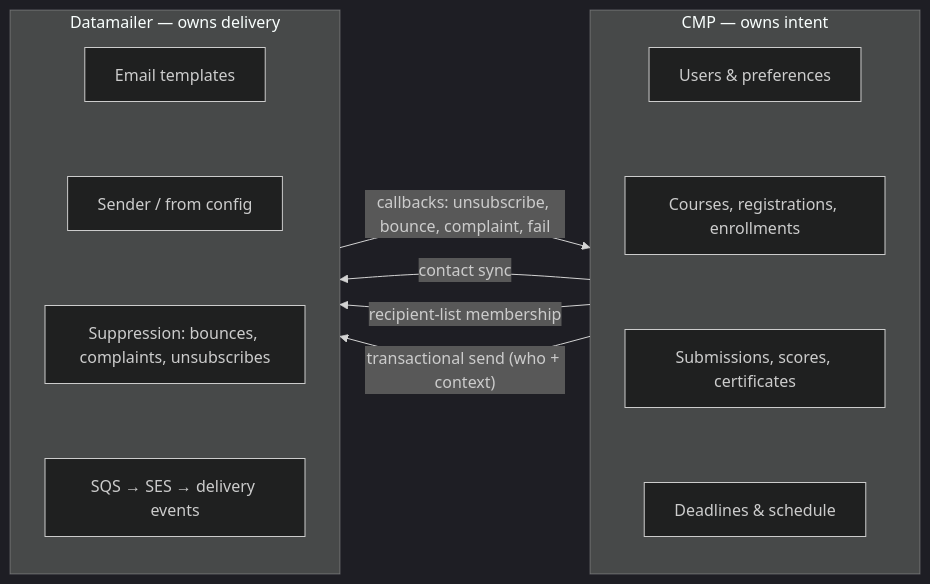
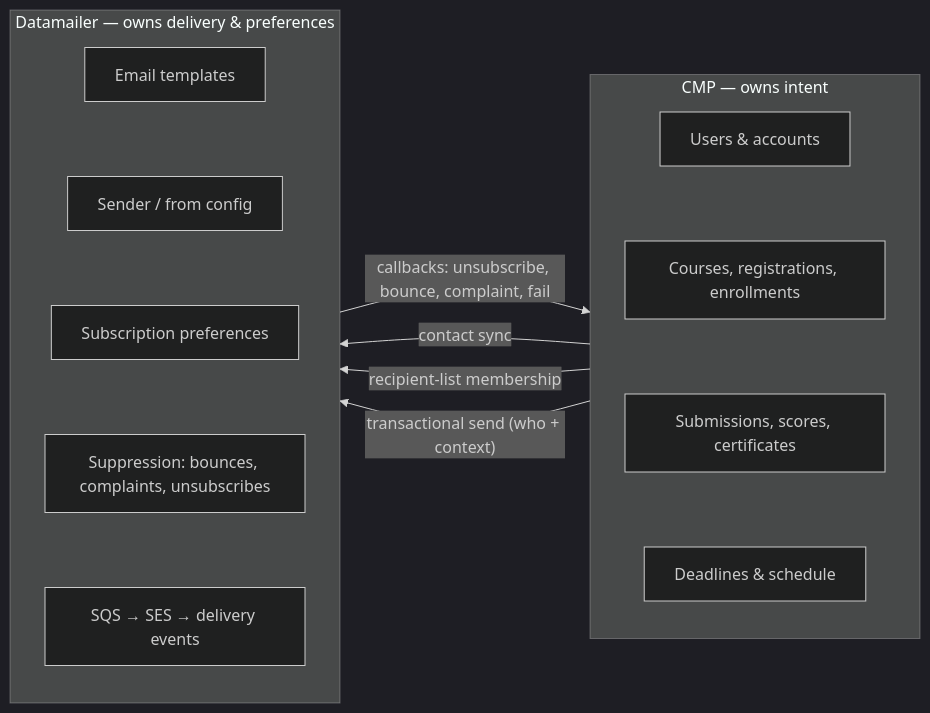
The first of 16 diagrams in docs/datamailer-integration.md (DataTalksClub/course-management-platform), drawn with Mermaid (dark theme) before and after one commit. The commit also changed other lines of this file, not shown here.

First line of the commit message:
docs(datamailer): redesign integration doc around target state

````diff
--- a/docs/datamailer-integration.md
+++ b/docs/datamailer-integration.md
@@ -28,25 +34,26 @@
 ```mermaid
 flowchart LR
     subgraph CMP["CMP — owns intent"]
         direction TB
-        users[Users & preferences]
+        users[Users & accounts]
         courses[Courses, registrations, enrollments]
         work[Submissions, scores, certificates]
         deadlines[Deadlines & schedule]
         users ~~~ courses ~~~ work ~~~ deadlines
     end
 
-    subgraph DM["Datamailer — owns delivery"]
+    subgraph DM["Datamailer — owns delivery & preferences"]
         direction TB
         templates[Email templates]
         senders[Sender / from config]
+        prefs[Subscription preferences]
         suppress[Suppression: bounces, complaints, unsubscribes]
         delivery[SQS → SES → delivery events]
-        templates ~~~ senders ~~~ suppress ~~~ delivery
+        templates ~~~ senders ~~~ prefs ~~~ suppress ~~~ delivery
     end
 
     CMP -->|"contact sync"| DM
     CMP -->|"recipient-list membership"| DM
     CMP -->|"transactional send (who + context)"| DM
     DM -->|"callbacks: unsubscribe, bounce, complaint, fail"| CMP
 ```
````
